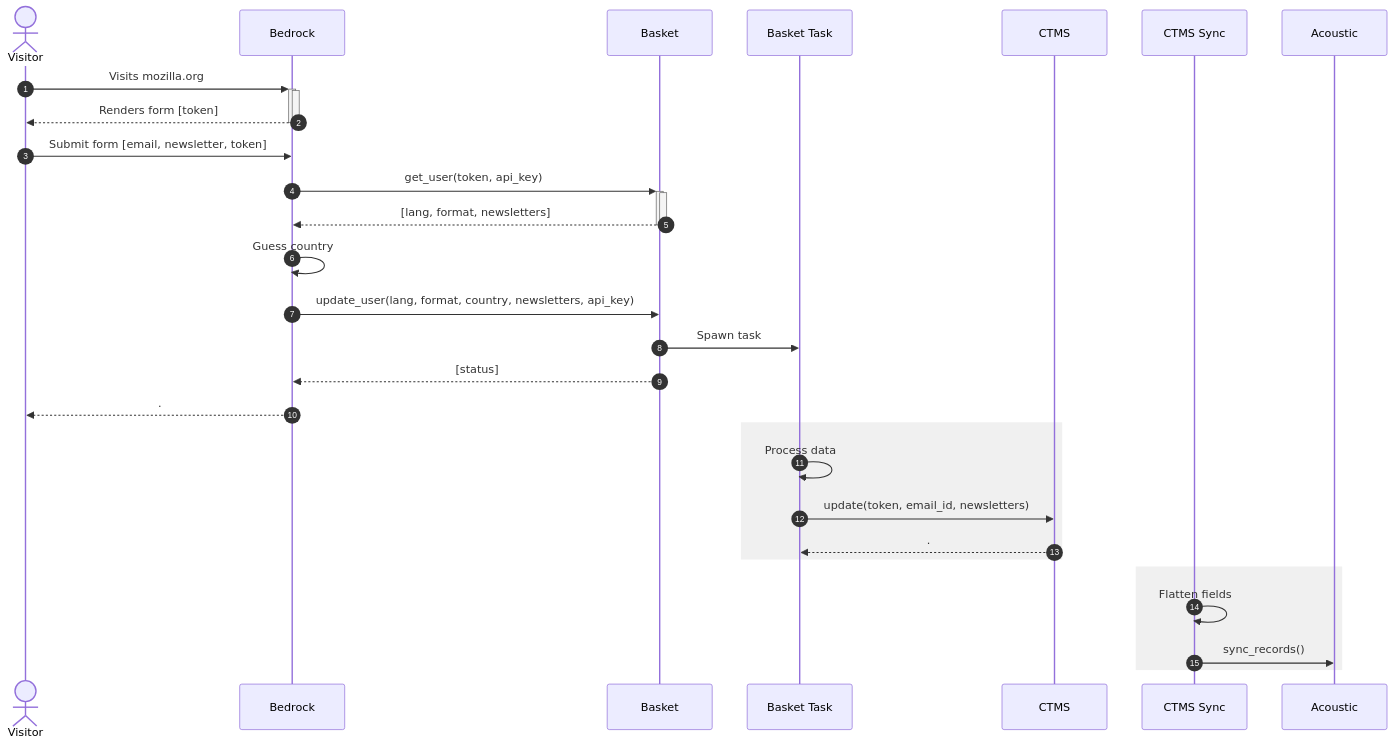
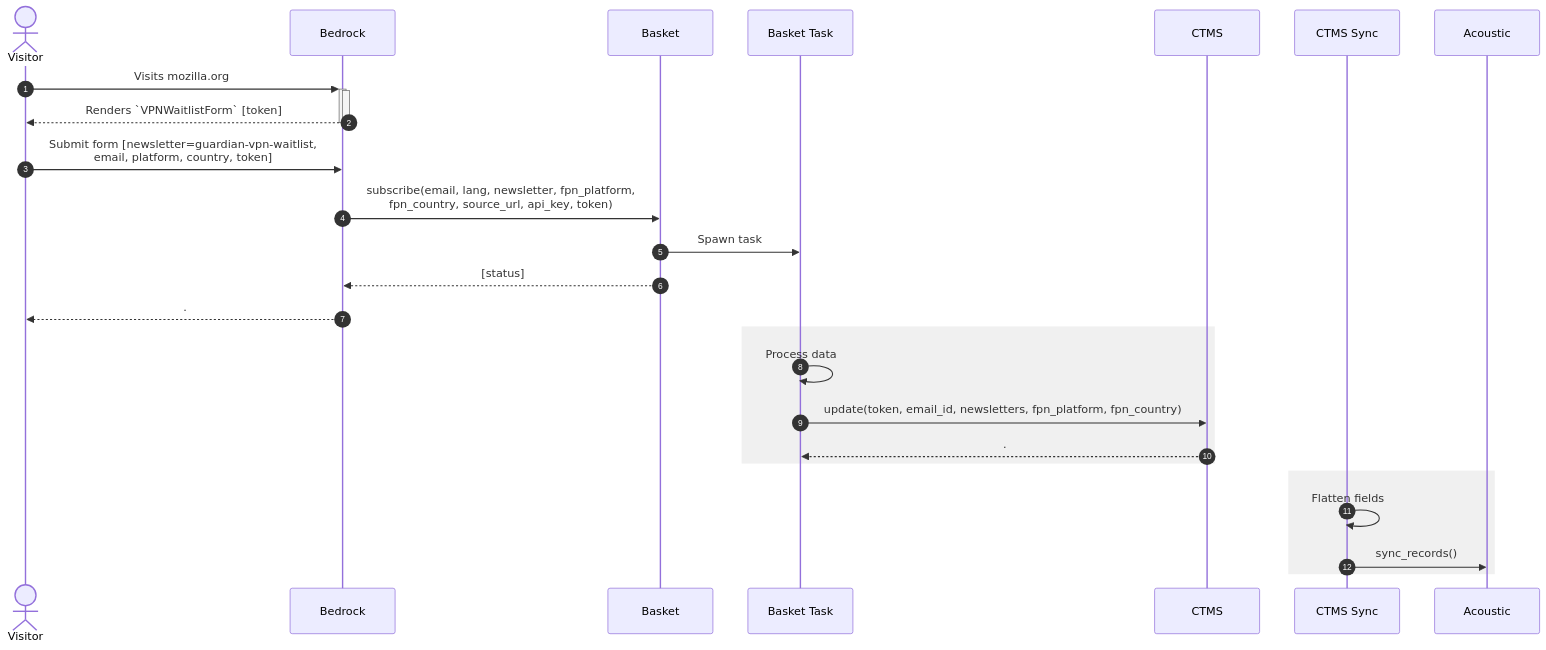
One commit to mozilla-it/ctms-api changed the diagram in docs/diagrams/bedrock_basket_ctms_acoustic.md. Above: the diagram before and after it, drawn with Mermaid.

Commit message:
Update after conversation with Bryan

````diff
--- a/docs/diagrams/bedrock_basket_ctms_acoustic.md
+++ b/docs/diagrams/bedrock_basket_ctms_acoustic.md
@@ -5,48 +5,41 @@
 ```mermaid
 sequenceDiagram
     autonumber
     actor Visitor
     Visitor->>+Bedrock: Visits mozilla.org
     activate Bedrock
-    Bedrock-->>-Visitor: Renders form [token]
+    Bedrock-->>-Visitor: Renders `VPNWaitlistForm` [token]
     deactivate Bedrock
 
-    Visitor->>Bedrock: Submit form [email, newsletter, token]
+    Visitor->>Bedrock: Submit form [newsletter=guardian-vpn-waitlist,<br> email, platform, country, token]
+    %% https://github.com/mozilla/bedrock/blob/ecba76406ed35c04d35532c3ed7562b09d65fabe/bedrock/products/forms.py#L10
+    %% https://github.com/mozilla/bedrock/blob/ef4d73603bdd914e327232f2c66e3e93be32f2a4/bedrock/products/templates/products/vpn/invite.html#L31
 
-    Bedrock->>+Basket: get_user(token, api_key)
-    activate Basket
-    Basket-->>-Bedrock: [lang, format, newsletters]
-    deactivate Basket
-
-    Bedrock->>Bedrock: Guess country
-    %% https://github.com/mozilla/bedrock/pull/10608
-
-    Bedrock->>Basket: update_user(lang, format, country, newsletters, api_key)
-    %% https://github.com/mozilla/bedrock/blob/857129a9089bc2927e797a776880ab3b9f6d9f9a/bedrock/newsletter/views.py#L433
+    Bedrock->>Basket: subscribe(email, lang, newsletter, fpn_platform, <br> fpn_country, source_url, api_key, token)
+    %% https://github.com/mozilla/bedrock/blob/ecba76406ed35c04d35532c3ed7562b09d65fabe/bedrock/products/views.py#L68-L87
 
     Basket->>Basket Task: Spawn task
     %% https://github.com/mozmeao/basket/blob/77f98bb63c70cecbb3ec8d69b512df67abce8c63/basket/news/views.py#L681
 
     Basket-->>Bedrock: [status]
     Bedrock-->>Visitor: .
 
     rect rgb(240,240,240)
     Basket Task->>Basket Task: Process data
     %% https://github.com/mozmeao/basket/blob/77f98bb63c70cecbb3ec8d69b512df67abce8c63/basket/news/backends/ctms.py#L199
 
-    Basket Task->>CTMS: update(token, email_id, newsletters)
+    Basket Task->>CTMS: update(token, email_id, newsletters, fpn_platform, fpn_country)
     %% https://github.com/mozmeao/basket/blob/77f98bb63c70cecbb3ec8d69b512df67abce8c63/basket/news/tasks.py#L654
-
     %% https://github.com/mozilla-it/ctms-api/blob/6f903aeb90b65c170f34485e1cc4b3755839daaf/ctms/crud.py#L563
 
     CTMS-->>Basket Task: .
     end
 
     rect rgb(240,240,240)
     CTMS Sync->>CTMS Sync: Flatten fields
     %% https://github.com/mozilla-it/ctms-api/blob/cde9694e2992c2c9d8315ba9c6954c50a6facf37/ctms/acoustic_service.py#L62
 
     CTMS Sync->>Acoustic: sync_records()
     %% https://github.com/mozilla-it/ctms-api/blob/cde9694e2992c2c9d8315ba9c6954c50a6facf37/ctms/bin/acoustic_sync.py
     end
 ```
````
